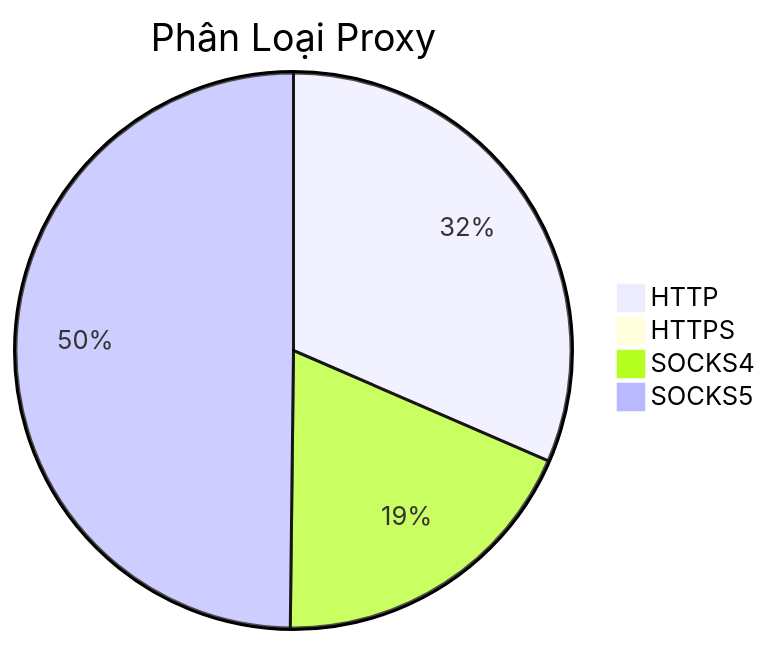
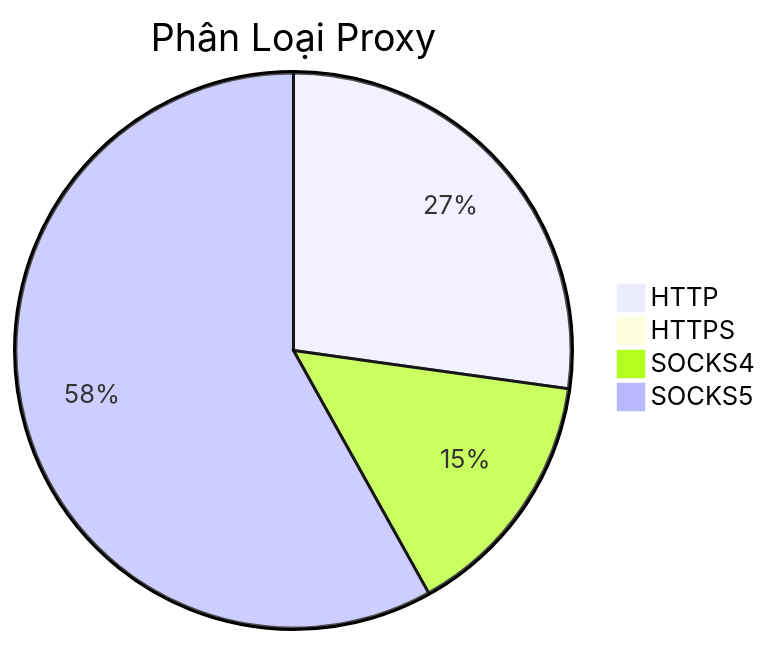
One commit to Ciara-12/PROXY-free changed the diagram in README.md. Above: the diagram before and after it, drawn with Mermaid. The commit also changed other lines of this file and 3 other files, not shown here.

````diff
--- a/README.md
+++ b/README.md
@@ -26,7 +26,7 @@
 ```mermaid
 pie title Phân Loại Proxy
-    "HTTP" : 513
+    "HTTP" : 551
     "HTTPS" : 0
-    "SOCKS4" : 304
-    "SOCKS5" : 811
+    "SOCKS4" : 298
+    "SOCKS5" : 1177
 ```
````
